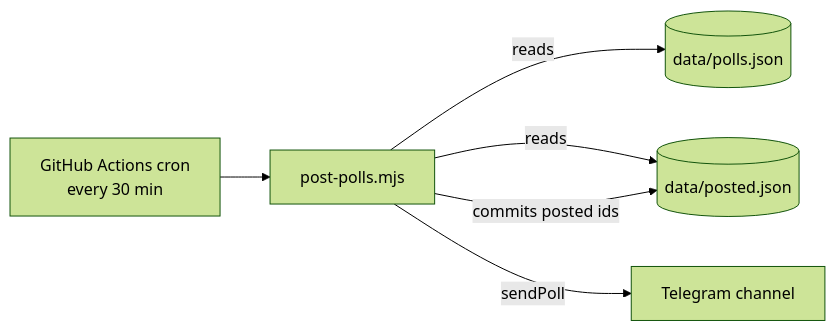
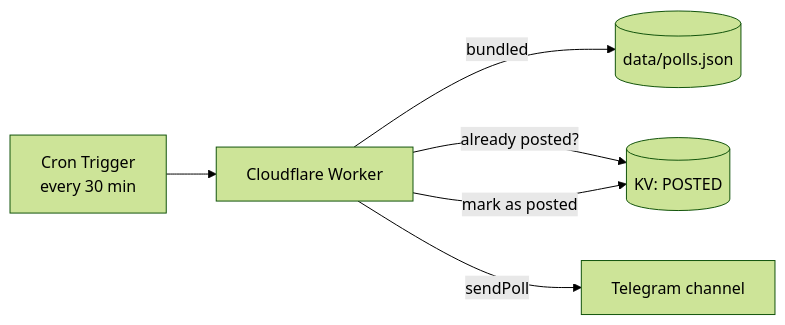
One commit to andriiafanasiev/polls-bot changed the diagram in README.md. Above: the diagram before and after it, drawn with Mermaid (forest theme). The commit also changed other lines of this file and 12 other files, not shown here.

First line of the commit message:
feat: move bot to Cloudflare Workers with Cron Trigger and KV

````diff
--- a/README.md
+++ b/README.md
@@ -13,8 +13,8 @@
 ```mermaid
 flowchart LR
-    A[GitHub Actions cron<br/>every 30 min] --> B[post-polls.mjs]
-    B -->|reads| C[(data/polls.json)]
-    B -->|reads| D[(data/posted.json)]
+    A[Cron Trigger<br/>every 30 min] --> B[Cloudflare Worker]
+    B -->|bundled| C[(data/polls.json)]
+    B -->|already posted?| D[(KV: POSTED)]
     B -->|sendPoll| E[Telegram channel]
-    B -->|commits posted ids| D
+    B -->|mark as posted| D
 ```
````
